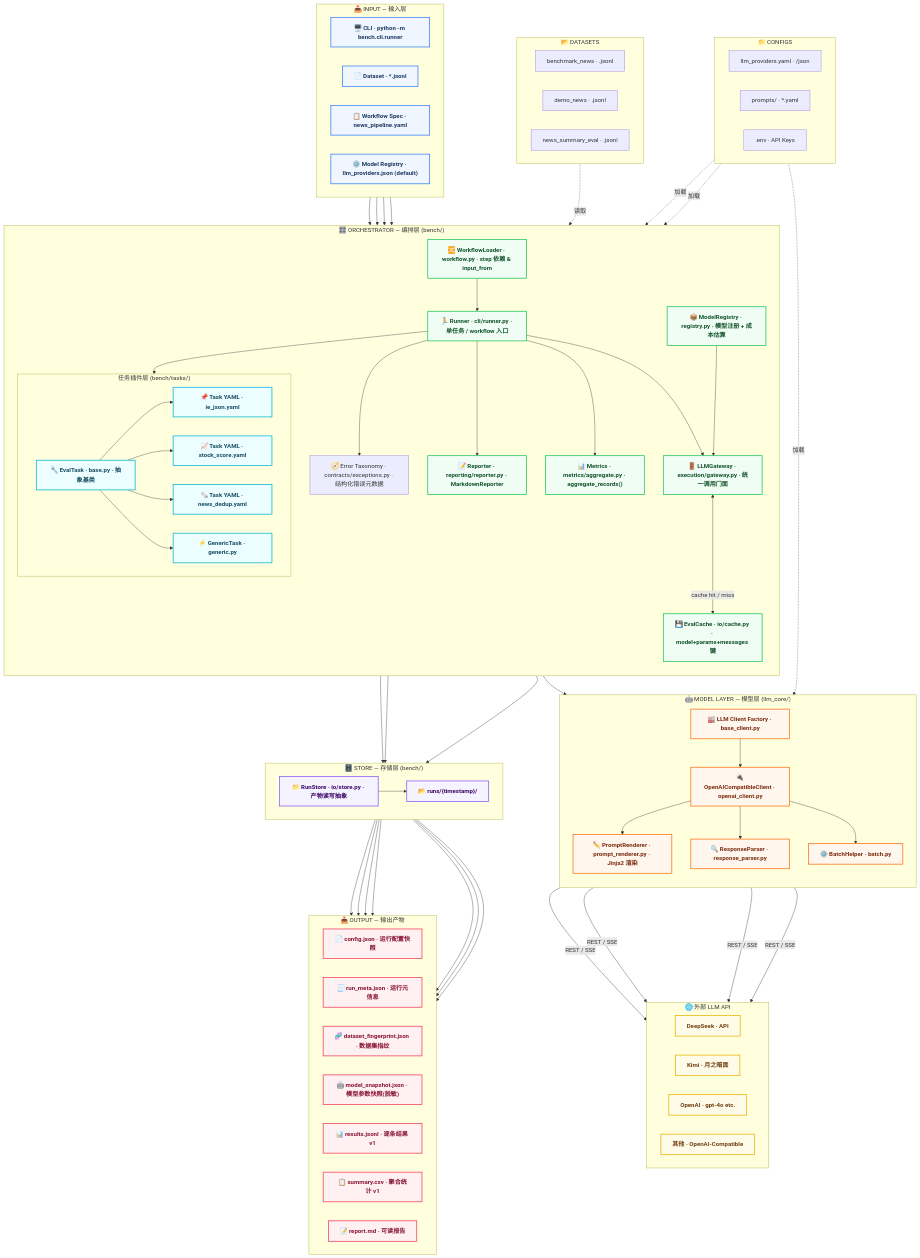
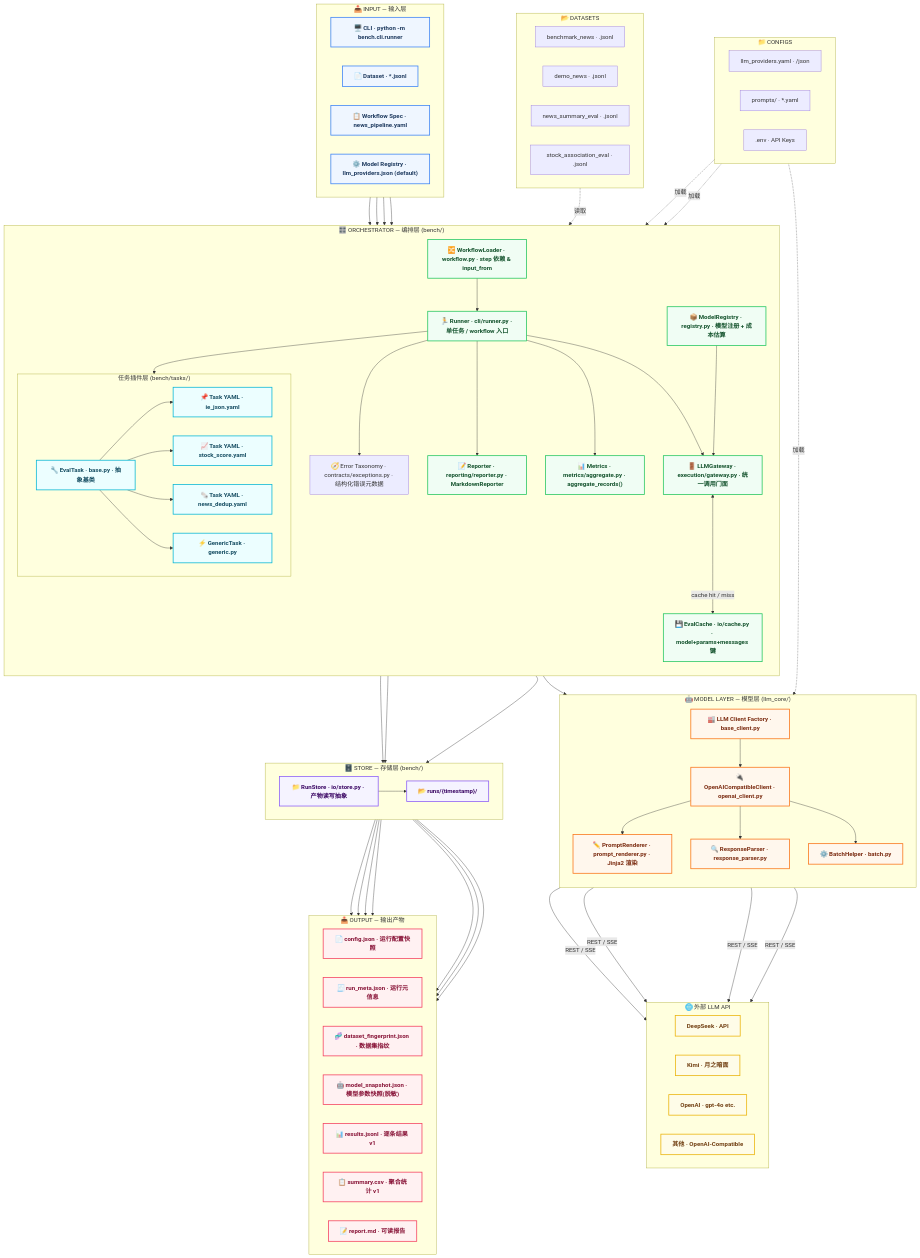
Before and after one commit to TianMeet/llm-benchmark-2-news: the first of 2 diagrams in docs/system_architecture.md, drawn with Mermaid. The commit also changed 9 other files, not shown here.

```diff
--- a/docs/system_architecture.md
+++ b/docs/system_architecture.md
@@ -98,6 +98,7 @@
         D_BENCH["benchmark_news · .jsonl"]
         D_DEMO["demo_news · .jsonl"]
         D_EVAL["news_summary_eval · .jsonl"]
+        D_STOCK["stock_association_eval · .jsonl"]
     end
 
     %% ─────────── 连接关系 ───────────
```
